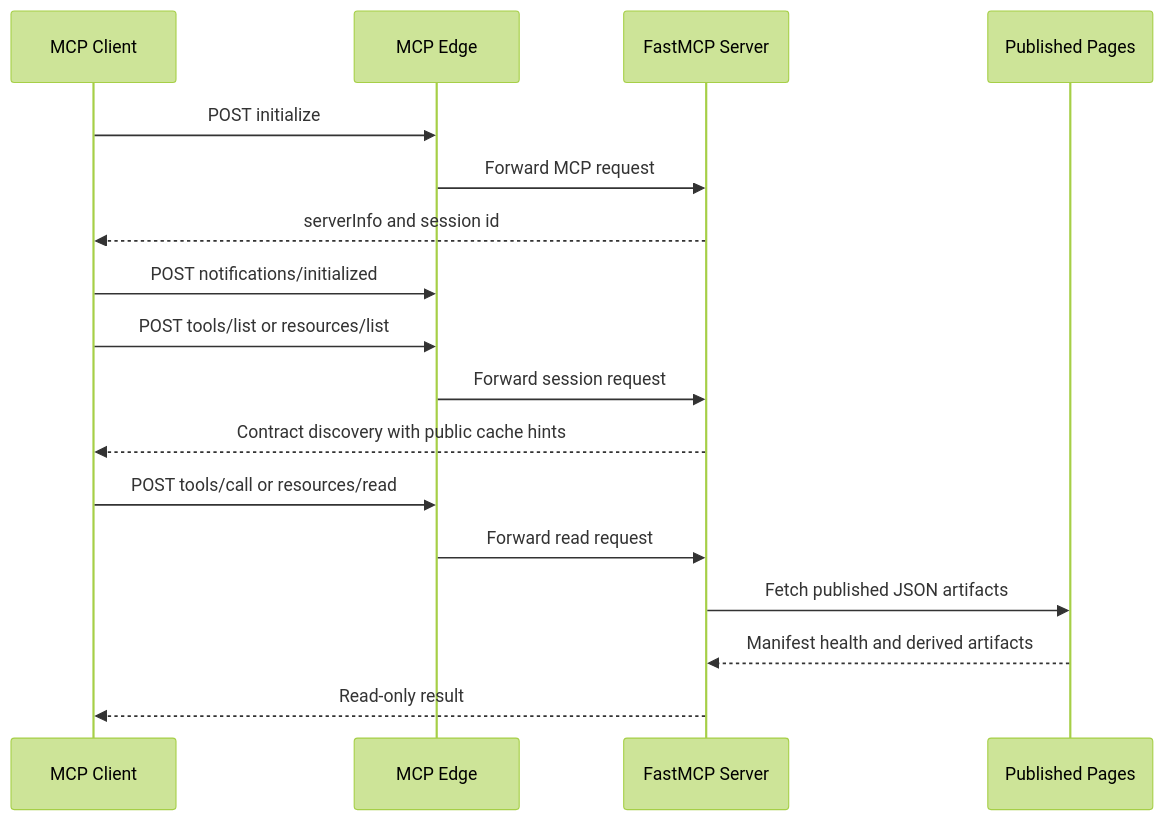
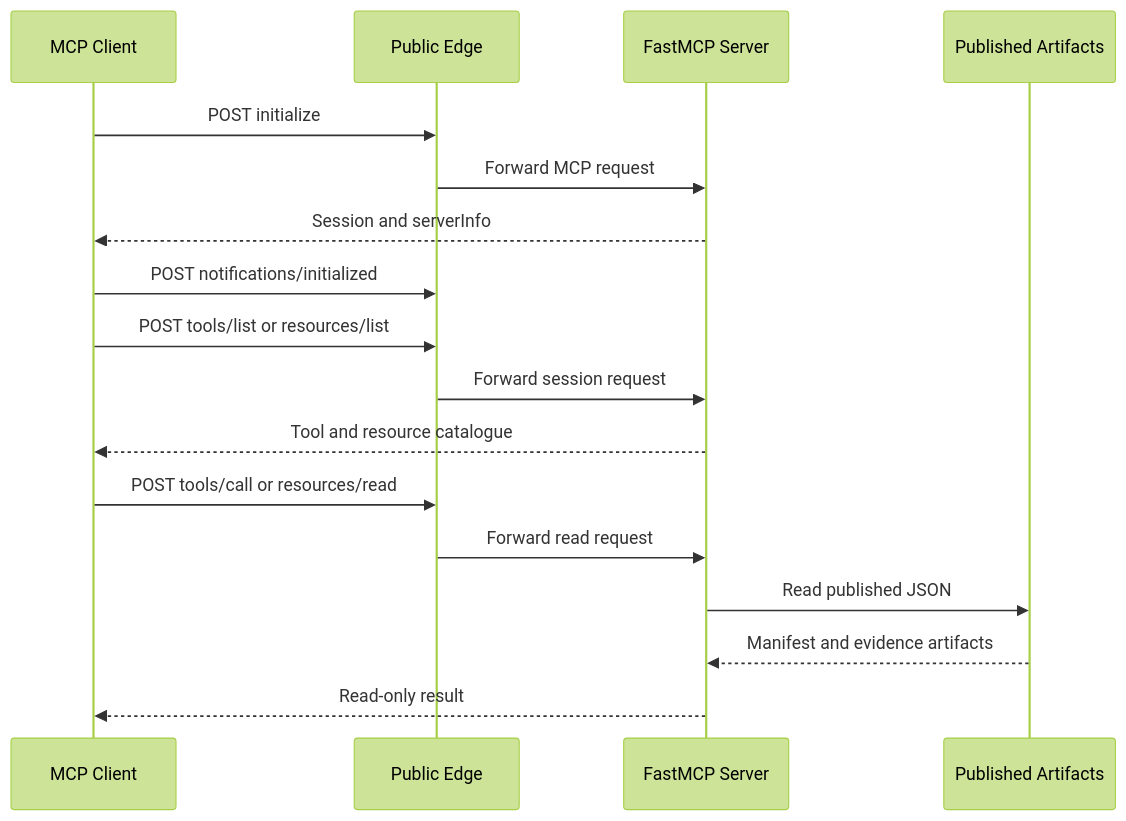
One commit to r3dz4r/datapulse-my changed the first of 2 diagrams in openwiki/mcp.md. Above: the diagram before and after it, drawn with Mermaid (forest theme). The commit also changed other lines of this file and 4 other files, not shown here.

````diff
--- a/openwiki/mcp.md
+++ b/openwiki/mcp.md
@@ -39,19 +41,19 @@
 ```mermaid
 sequenceDiagram
     participant C as MCP Client
-    participant E as MCP Edge
+    participant E as Public Edge
     participant S as FastMCP Server
-    participant P as Published Pages
+    participant A as Published Artifacts
     C->>E: POST initialize
     E->>S: Forward MCP request
-    S-->>C: serverInfo and session id
+    S-->>C: Session and serverInfo
     C->>E: POST notifications/initialized
     C->>E: POST tools/list or resources/list
     E->>S: Forward session request
-    S-->>C: Contract discovery with public cache hints
+    S-->>C: Tool and resource catalogue
     C->>E: POST tools/call or resources/read
     E->>S: Forward read request
-    S->>P: Fetch published JSON artifacts
-    P-->>S: Manifest health and derived artifacts
+    S->>A: Read published JSON
+    A-->>S: Manifest and evidence artifacts
     S-->>C: Read-only result
 ```
````
